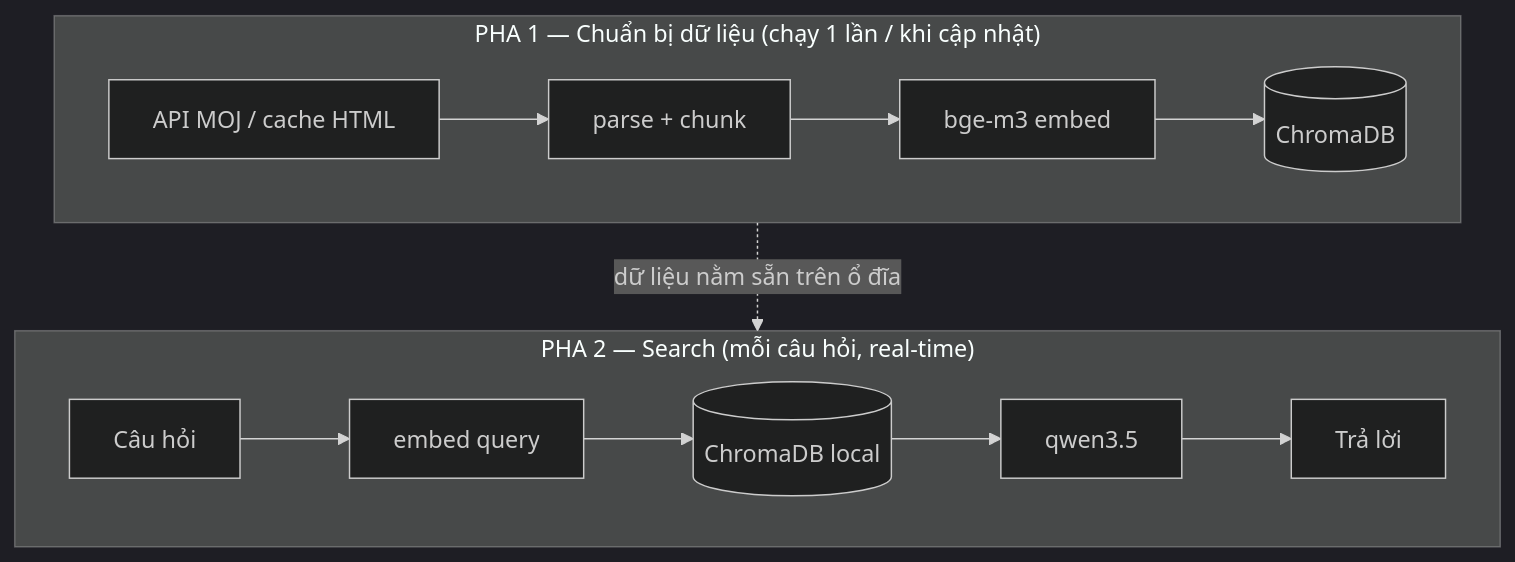
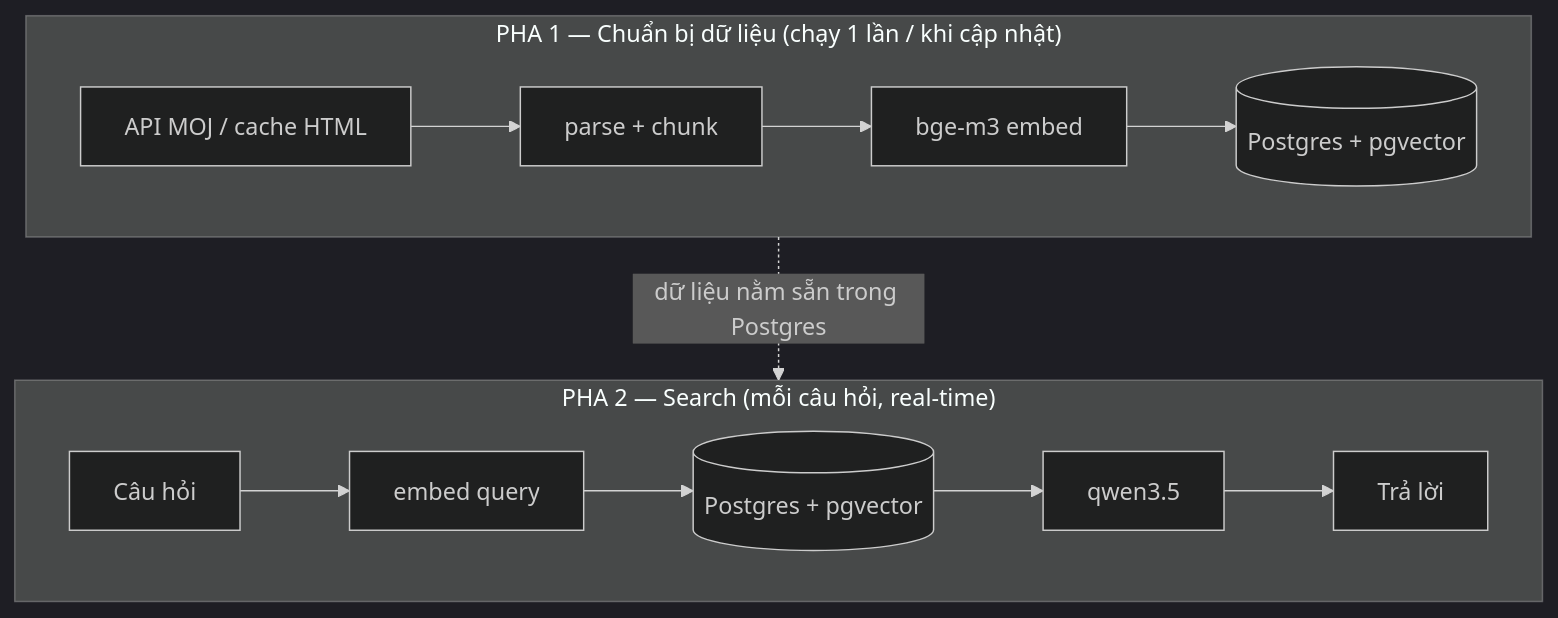
Before and after one commit to hoanghainh1188/vn-legal-ai-assistant: the third of 5 diagrams in docs/architecture.md, drawn with Mermaid (dark theme). The commit also changed other lines of this file and 31 other files, not shown here.

First line of the commit message:
feat(003): migrate kho vector ChromaDB → Postgres + pgvector (Pha 1)

````diff
--- a/docs/architecture.md
+++ b/docs/architecture.md
@@ -96,12 +99,12 @@
 ```mermaid
 flowchart TB
     subgraph P1["PHA 1 — Chuẩn bị dữ liệu (chạy 1 lần / khi cập nhật)"]
         direction LR
-        A["API MOJ / cache HTML"] --> B["parse + chunk"] --> C["bge-m3 embed"] --> DB[("ChromaDB")]
+        A["API MOJ / cache HTML"] --> B["parse + chunk"] --> C["bge-m3 embed"] --> DB[("Postgres + pgvector")]
     end
     subgraph P2["PHA 2 — Search (mỗi câu hỏi, real-time)"]
         direction LR
-        Q["Câu hỏi"] --> QE["embed query"] --> DB2[("ChromaDB local")] --> LLM["qwen3.5"] --> Ans["Trả lời"]
+        Q["Câu hỏi"] --> QE["embed query"] --> DB2[("Postgres + pgvector")] --> LLM["qwen3.5"] --> Ans["Trả lời"]
     end
-    DB -. "dữ liệu nằm sẵn trên ổ đĩa" .-> DB2
+    DB -. "dữ liệu nằm sẵn trong Postgres" .-> DB2
 ```
````
